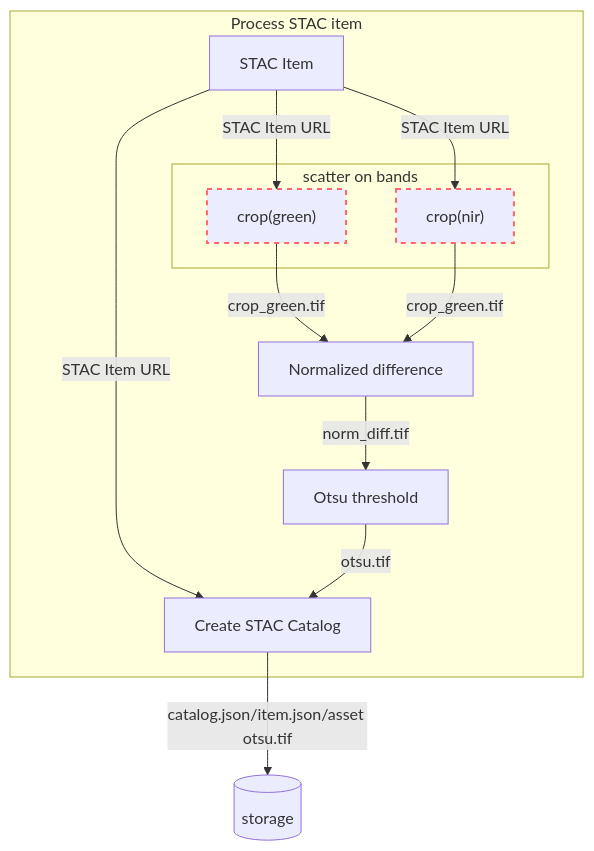
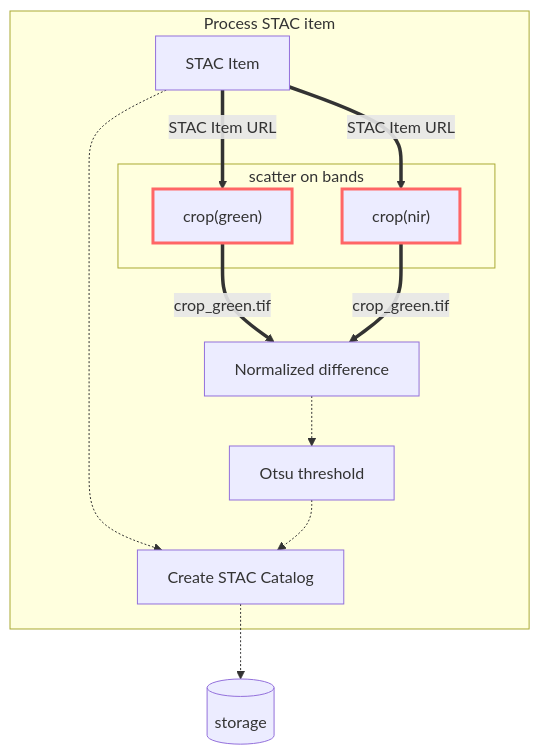
One commit to Terradue/app-package-training-bids23 changed the diagram in docs/app/crop/app.md. Above: the diagram before and after it, drawn with Mermaid. The commit also changed 3 other files, not shown here.

````diff
--- a/docs/app/crop/app.md
+++ b/docs/app/crop/app.md
@@ -7,19 +7,19 @@
 ``` mermaid
 graph TB
-style B stroke:#f66,stroke-width:2px,stroke-dasharray: 5 5
-style C stroke:#f66,stroke-width:2px,stroke-dasharray: 5 5
+style B stroke:#f66,stroke-width:3px
+style C stroke:#f66,stroke-width:3px
 subgraph Process STAC item
-  A[STAC Item] -- STAC Item URL --> B
-  A[STAC Item] -- STAC Item URL --> C
-  A[STAC Item] -- STAC Item URL --> F
+  A[STAC Item] == STAC Item URL ==> B
+  A[STAC Item] == STAC Item URL ==> C
+  A[STAC Item] -.-> F
 subgraph scatter on bands
   B["crop(green)"];
   C["crop(nir)"];
 end
-  B["crop(green)"] -- crop_green.tif --> D[Normalized difference];
-  C["crop(nir)"] -- crop_green.tif --> D[Normalized difference];
-  D -- norm_diff.tif --> E[Otsu threshold]
+  B["crop(green)"] == crop_green.tif ==> D[Normalized difference];
+  C["crop(nir)"] == crop_green.tif ==> D[Normalized difference];
+  D -.-> E[Otsu threshold]
 end
-  E -- otsu.tif --> F[Create STAC Catalog]
-  F -- "catalog.json/item.json/asset otsu.tif" --> G[(storage)]
+  E -.-> F[Create STAC Catalog]
+  F -.-> G[(storage)]
 ```
````
